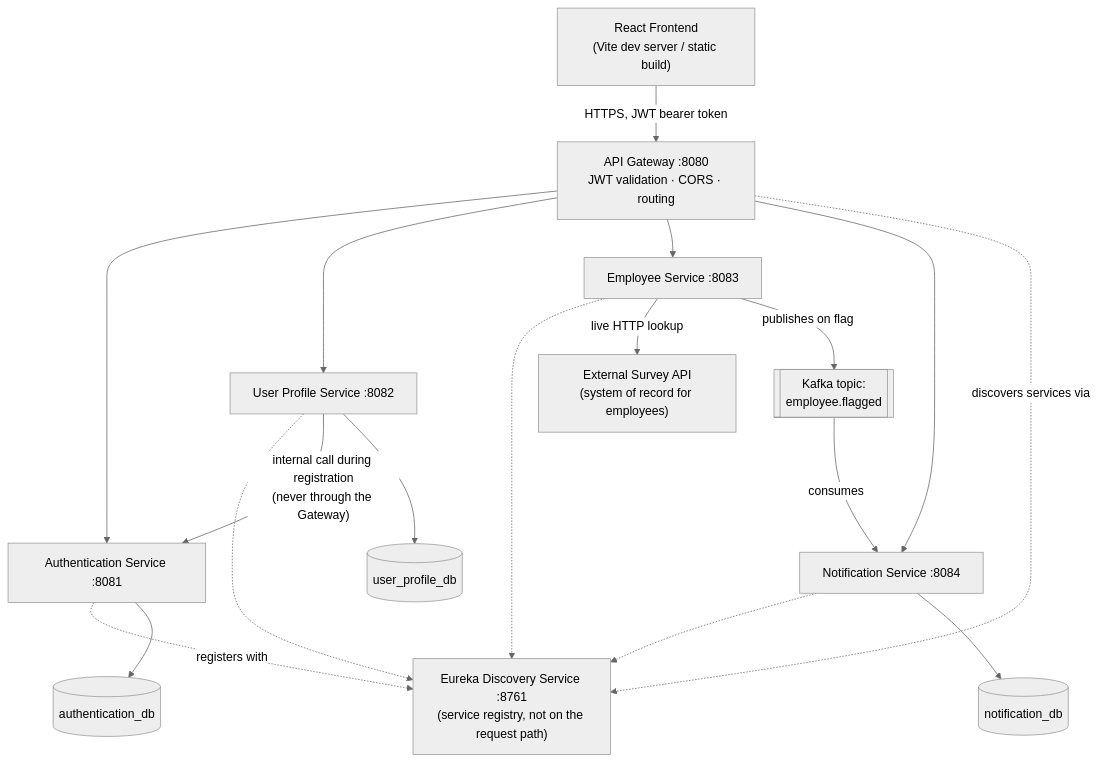
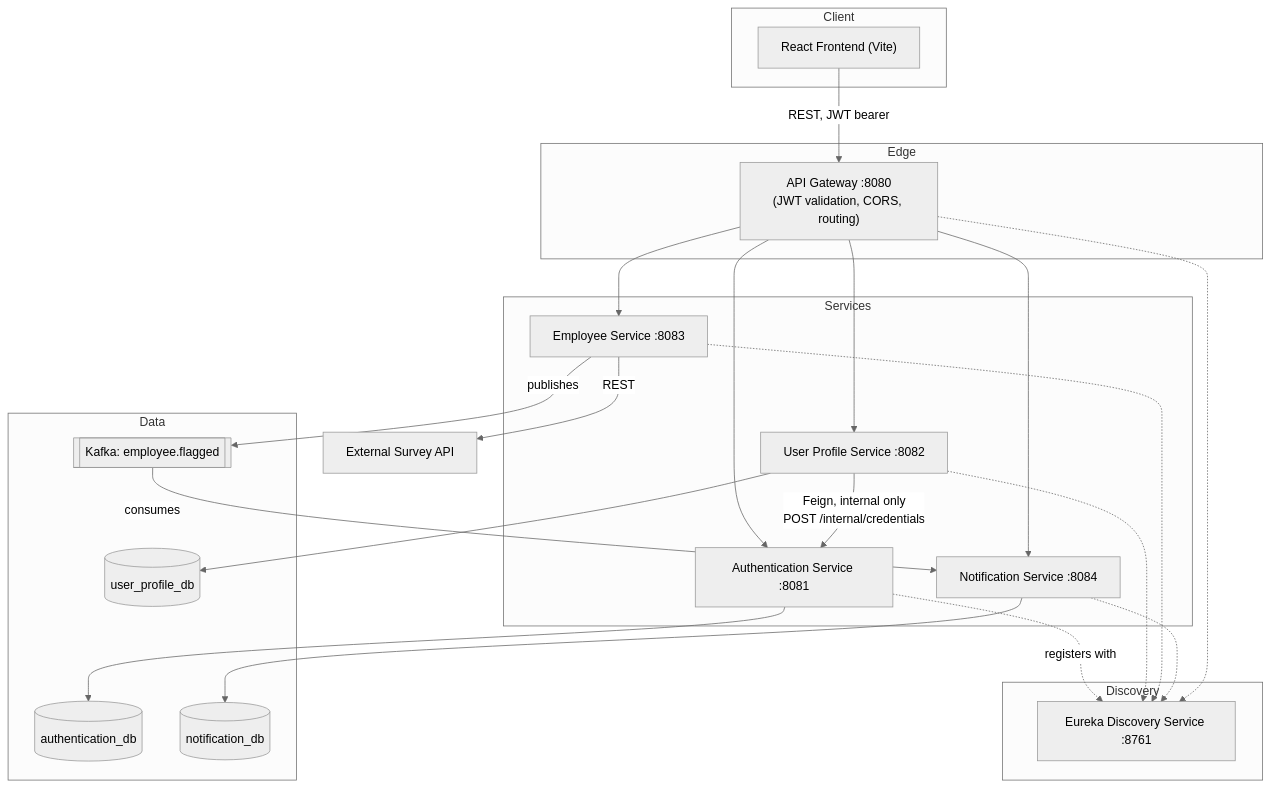
One commit to vedaaanggshetty/attrition-analyzer changed the first of 2 diagrams in README.md. Above: the diagram before and after it, drawn with Mermaid (neutral theme). The commit also changed other lines of this file, not shown here.

````diff
--- a/README.md
+++ b/README.md
@@ -40,39 +102,50 @@
 ```mermaid
 flowchart TB
-    FE["React Frontend\n(Vite dev server / static build)"]
+    subgraph Client
+        FE["React Frontend (Vite)"]
+    end
 
-    GW["API Gateway :8080\nJWT validation · CORS · routing"]
+    subgraph Edge
+        GW["API Gateway :8080\n(JWT validation, CORS, routing)"]
+    end
 
-    EU["Eureka Discovery Service :8761\n(service registry, not on the request path)"]
+    subgraph Discovery
+        EU["Eureka Discovery Service :8761"]
+    end
 
-    AUTH["Authentication Service :8081"]
-    PROFILE["User Profile Service :8082"]
-    EMP["Employee Service :8083"]
-    NOTIF["Notification Service :8084"]
+    subgraph Services
+        AUTH["Authentication Service :8081"]
+        PROFILE["User Profile Service :8082"]
+        EMP["Employee Service :8083"]
+        NOTIF["Notification Service :8084"]
+    end
 
-    AUTHDB[("authentication_db")]
-    PROFILEDB[("user_profile_db")]
-    NOTIFDB[("notification_db")]
-    KAFKA[["Kafka topic:\nemployee.flagged"]]
-    SURVEY["External Survey API\n(system of record for employees)"]
+    subgraph Data
+        AUTHDB[(authentication_db)]
+        PROFILEDB[(user_profile_db)]
+        NOTIFDB[(notification_db)]
+        KAFKA[["Kafka: employee.flagged"]]
+    end
 
-    FE -->|"HTTPS, JWT bearer token"| GW
+    EXT["External Survey API"]
+
+    FE -->|"REST, JWT bearer"| GW
     GW --> AUTH
     GW --> PROFILE
     GW --> EMP
     GW --> NOTIF
 
-    AUTH -.->|registers with| EU
+    AUTH -.->|"registers with"| EU
     PROFILE -.-> EU
     EMP -.-> EU
     NOTIF -.-> EU
-    GW -.->|discovers services via| EU
+    GW -.-> EU
 
-    PROFILE -->|"internal call during registration\n(never through the Gateway)"| AUTH
+    PROFILE -->|"Feign, internal only\nPOST /internal/credentials"| AUTH
     AUTH --> AUTHDB
     PROFILE --> PROFILEDB
     NOTIF --> NOTIFDB
-    EMP -->|"live HTTP lookup"| SURVEY
-    EMP -->|"publishes on flag"| KAFKA
+    EMP -->|"REST"| EXT
+    EMP -->|"publishes"| KAFKA
     KAFKA -->|"consumes"| NOTIF
 ```
````
